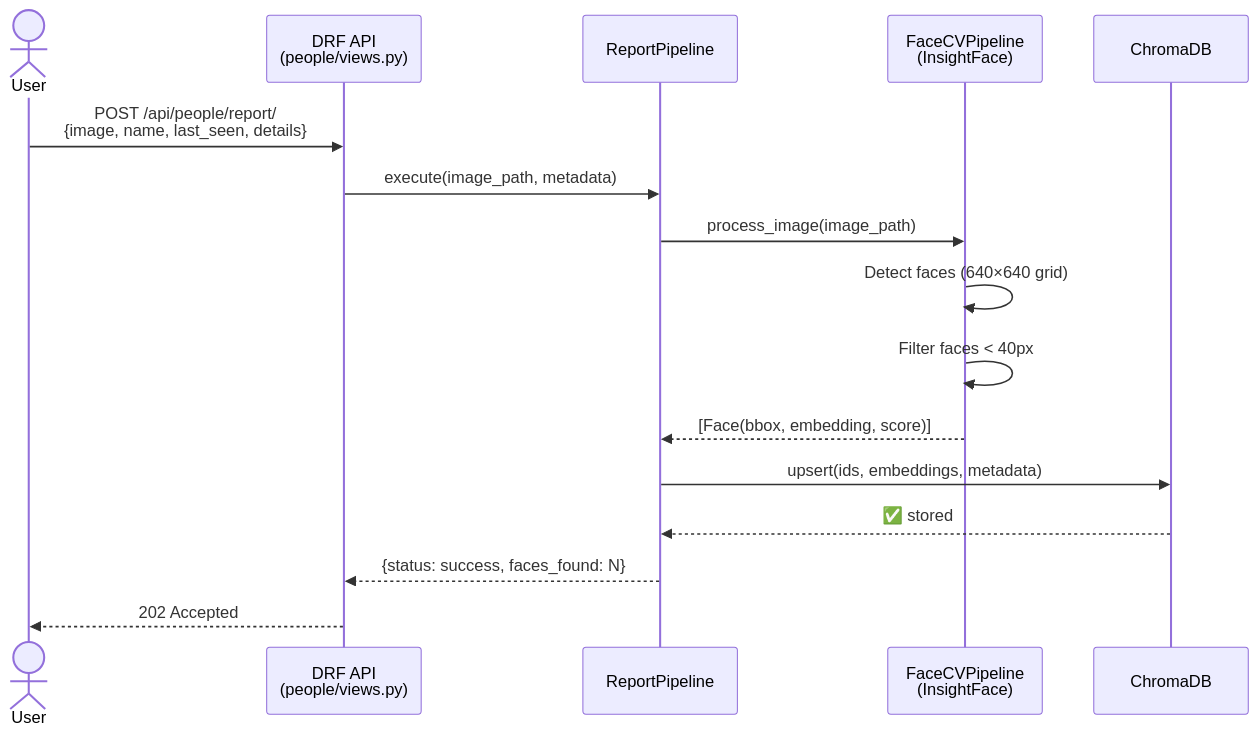
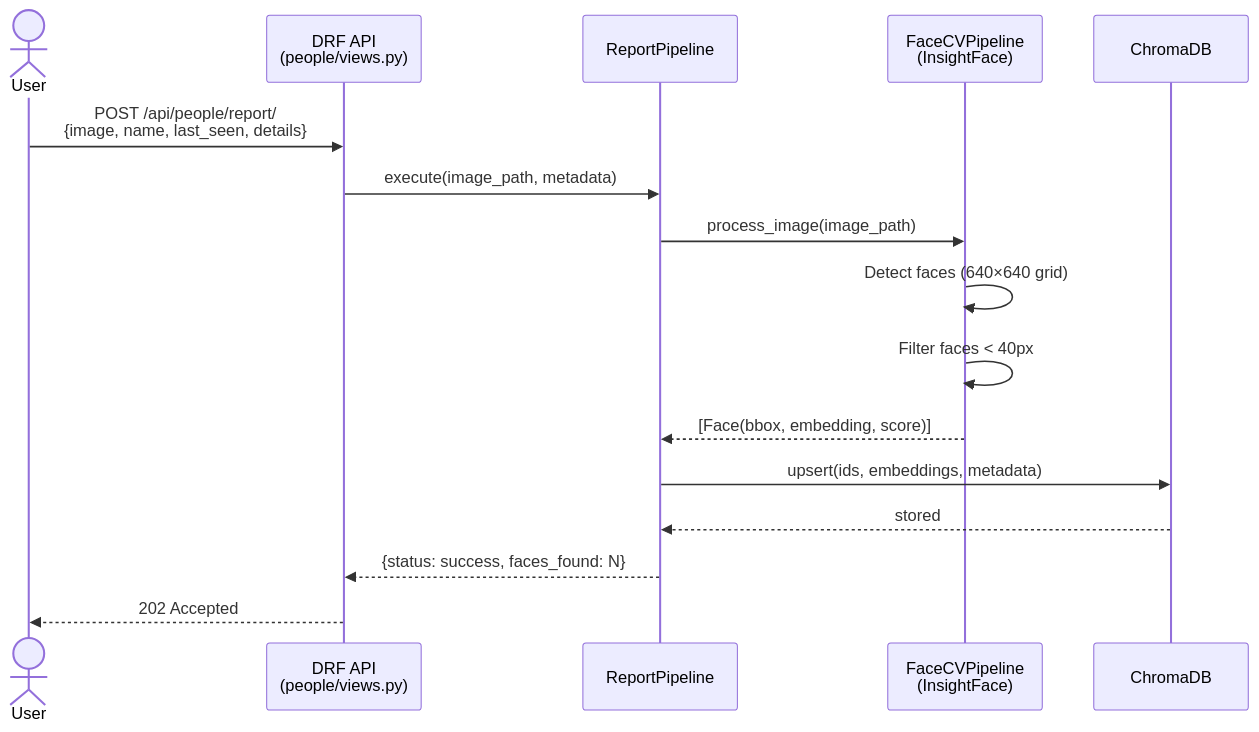
One commit to blackeagle686/mafqood-ai changed the second of 4 diagrams in README.md. Above: the diagram before and after it, drawn with Mermaid. The commit also changed other lines of this file, not shown here.

````diff
--- a/README.md
+++ b/README.md
@@ -135,19 +135,19 @@
 ```mermaid
 sequenceDiagram
     actor User
     participant API as DRF API<br/>(people/views.py)
     participant RP as ReportPipeline
     participant CV as FaceCVPipeline<br/>(InsightFace)
     participant VDB as ChromaDB
 
     User->>API: POST /api/people/report/<br/>{image, name, last_seen, details}
     API->>RP: execute(image_path, metadata)
     RP->>CV: process_image(image_path)
     CV->>CV: Detect faces (640×640 grid)
     CV->>CV: Filter faces < 40px
     CV-->>RP: [Face(bbox, embedding, score)]
     RP->>VDB: upsert(ids, embeddings, metadata)
-    VDB-->>RP: ✅ stored
+    VDB-->>RP: stored
     RP-->>API: {status: success, faces_found: N}
     API-->>User: 202 Accepted
 ```
````
